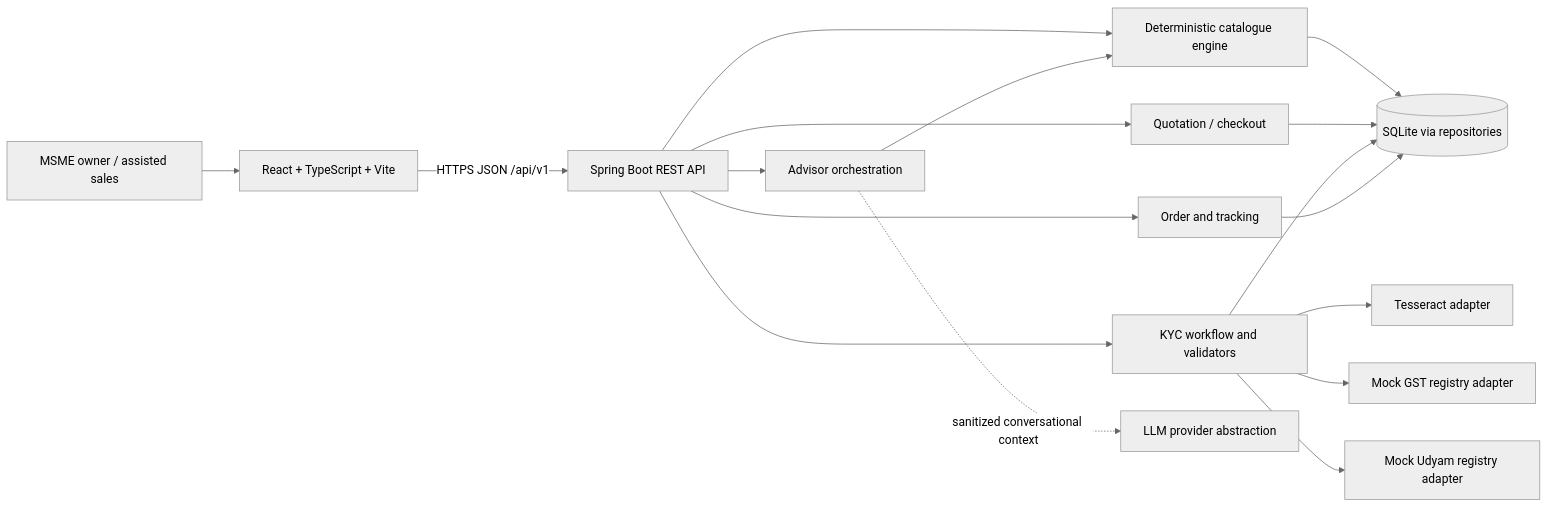
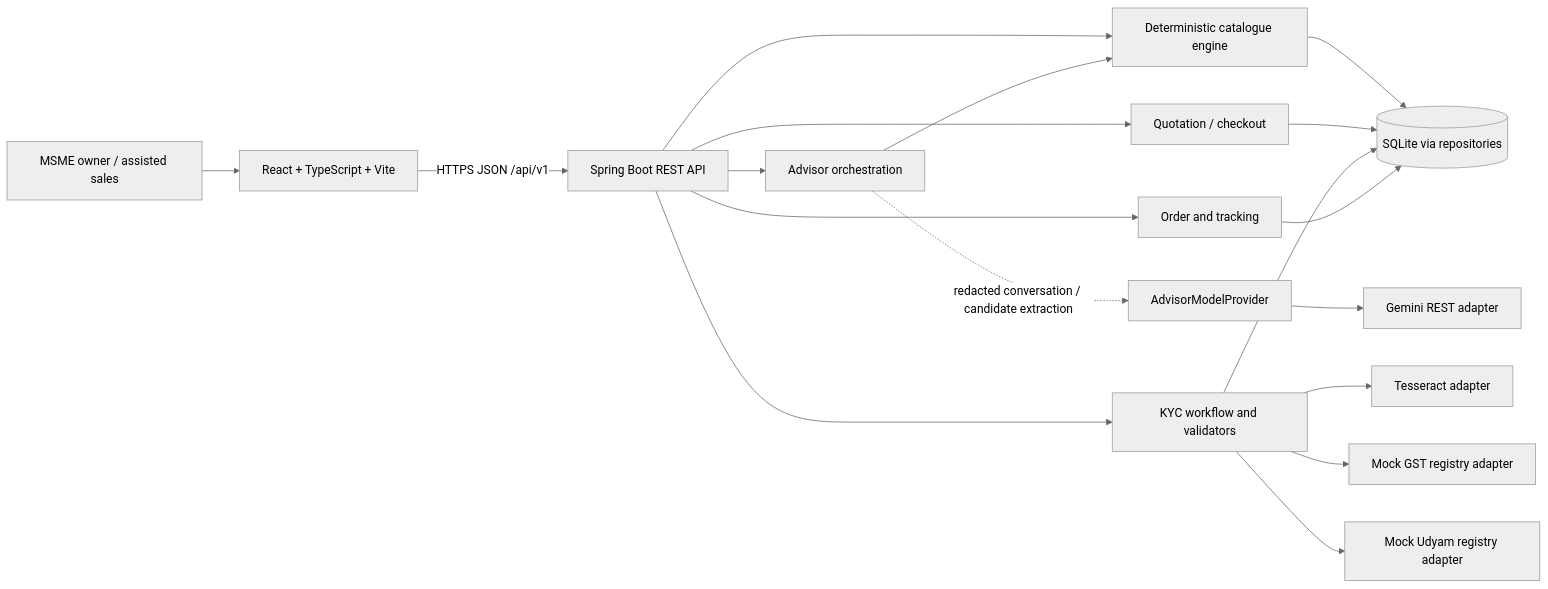
The diagram in docs/architecture/system-architecture.md (bhaweshwar/airtel-sync-udyam-digital), drawn with Mermaid (neutral theme) before and after one commit. The commit also changed other lines of this file and 32 other files, not shown here.

Commit message:
feat: integrate Gemini-powered conversational business advisor

````diff
--- a/docs/architecture/system-architecture.md
+++ b/docs/architecture/system-architecture.md
@@ -7,19 +7,20 @@
 ```mermaid
 flowchart LR
   Owner[MSME owner / assisted sales] --> Web[React + TypeScript + Vite]
   Web -->|HTTPS JSON /api/v1| API[Spring Boot REST API]
   API --> Advisor[Advisor orchestration]
   API --> Catalog[Deterministic catalogue engine]
   API --> Quote[Quotation / checkout]
   API --> KYC[KYC workflow and validators]
   API --> Orders[Order and tracking]
   Advisor --> Catalog
   KYC --> OCR[Tesseract adapter]
   KYC --> GST[Mock GST registry adapter]
   KYC --> Udyam[Mock Udyam registry adapter]
-  Advisor -. sanitized conversational context .-> LLM[LLM provider abstraction]
+  Advisor -. redacted conversation / candidate extraction .-> Provider[AdvisorModelProvider]
+  Provider --> Gemini[Gemini REST adapter]
   Catalog --> DB[(SQLite via repositories)]
   Quote --> DB
   KYC --> DB
   Orders --> DB
 ```
````
